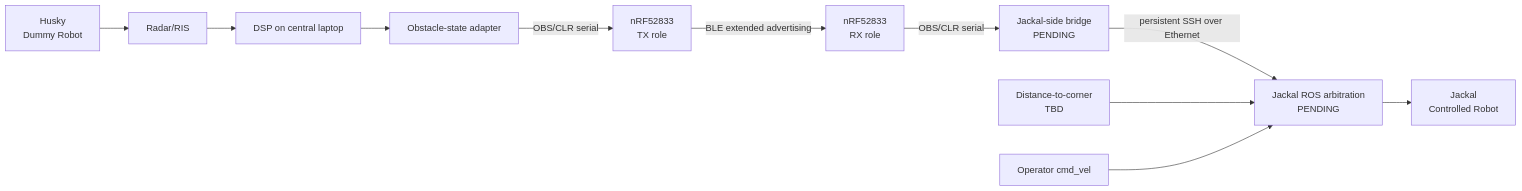
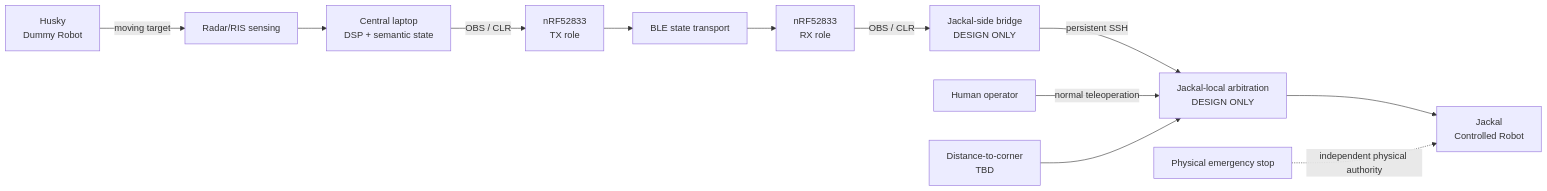
Before and after one commit to kirolossedra/RIS-Robotics: the first of 21 diagrams in system/architecture.md, drawn with Mermaid. The commit also changed other lines of this file and 3 other files, not shown here.

Commit message:
docs: expand system architecture and UML views

````diff
--- a/system/architecture.md
+++ b/system/architecture.md
@@ -30,13 +82,26 @@
 ```mermaid
 flowchart LR
-    H[Husky<br/>Dummy Robot] --> R[Radar/RIS]
-    R --> D[DSP on central laptop]
-    D --> A[Obstacle-state adapter]
-    A -->|OBS/CLR serial| TX[nRF52833<br/>TX role]
-    TX -->|BLE extended advertising| RX[nRF52833<br/>RX role]
-    RX -->|OBS/CLR serial| B[Jackal-side bridge<br/>PENDING]
-    B -->|persistent SSH over Ethernet| JROS[Jackal ROS arbitration<br/>PENDING]
-    DIST[Distance-to-corner<br/>TBD] --> JROS
-    JOY[Operator cmd_vel] --> JROS
-    JROS --> J[Jackal<br/>Controlled Robot]
+    OP[Human operator]
+    H[Husky<br/>Dummy Robot]
+    S[Radar/RIS sensing]
+    DSP[Central laptop<br/>DSP + semantic state]
+    TX[nRF52833<br/>TX role]
+    BLE[BLE state transport]
+    RX[nRF52833<br/>RX role]
+    BR[Jackal-side bridge<br/>DESIGN ONLY]
+    ROS[Jackal-local arbitration<br/>DESIGN ONLY]
+    DIST[Distance-to-corner<br/>TBD]
+    J[Jackal<br/>Controlled Robot]
+    ESTOP[Physical emergency stop]
+
+    H -->|moving target| S
+    S --> DSP
+    DSP -->|OBS / CLR| TX
+    TX --> BLE --> RX
+    RX -->|OBS / CLR| BR
+    BR -->|persistent SSH| ROS
+    OP -->|normal teleoperation| ROS
+    DIST --> ROS
+    ROS --> J
+    ESTOP -. independent physical authority .-> J
 ```
````
